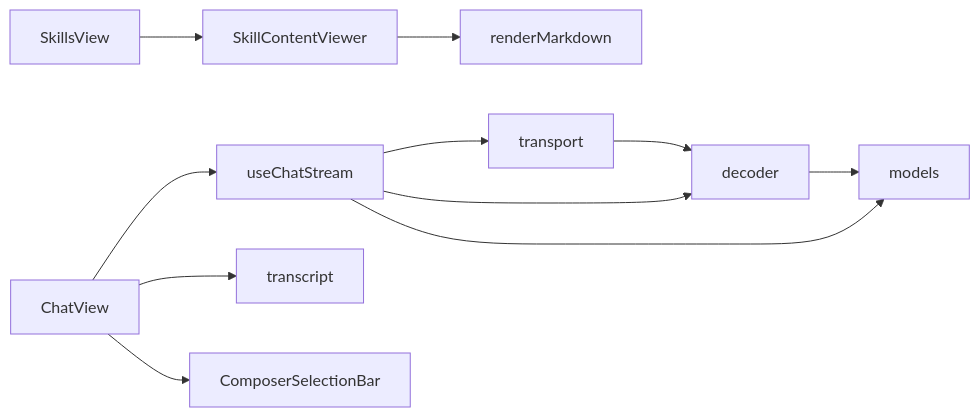
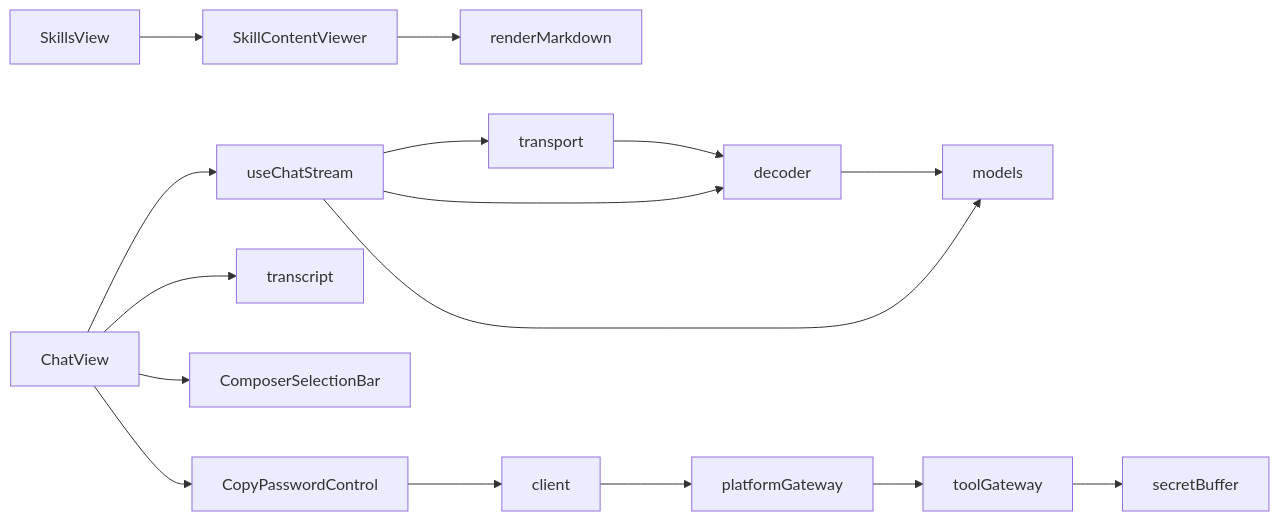
One commit to metasync/luban-aiops changed the ninth of 9 diagrams in .qoder/repowiki/en/content/Operator Portal/Chat Interface/Chat Interface.md. Above: the diagram before and after it, drawn with Mermaid. The commit also changed other lines of this file and 56 other files, not shown here.

````diff
--- a/.qoder/repowiki/en/content/Operator Portal/Chat Interface/Chat Interface.md
+++ b/.qoder/repowiki/en/content/Operator Portal/Chat Interface/Chat Interface.md
@@ -362,13 +490,18 @@
 ```mermaid
 graph LR
 ChatView --> useChatStream
 ChatView --> transcript
 ChatView --> ComposerSelectionBar
+ChatView --> CopyPasswordControl
 useChatStream --> transport
 useChatStream --> decoder
 useChatStream --> models
 SkillContentViewer --> renderMarkdown
 SkillsView --> SkillContentViewer
 transport --> decoder
 decoder --> models
+CopyPasswordControl --> client
+client --> platformGateway
+platformGateway --> toolGateway
+toolGateway --> secretBuffer
 ```
````
